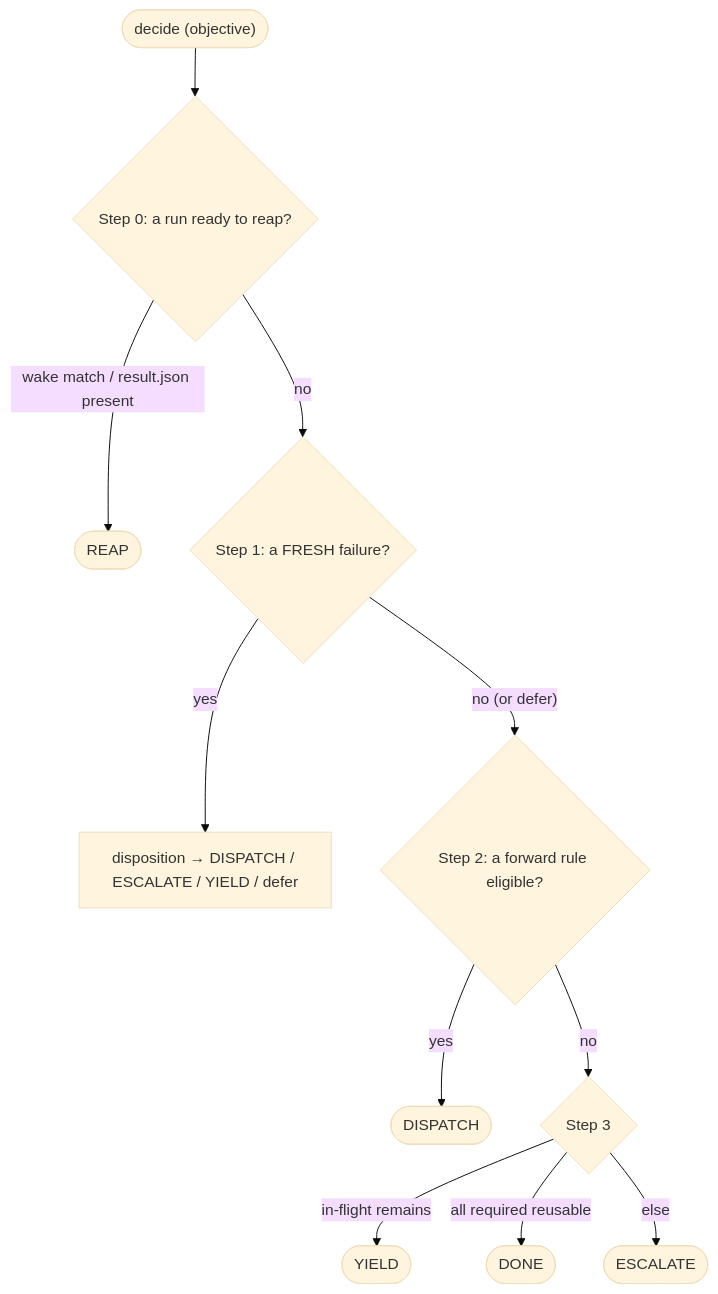
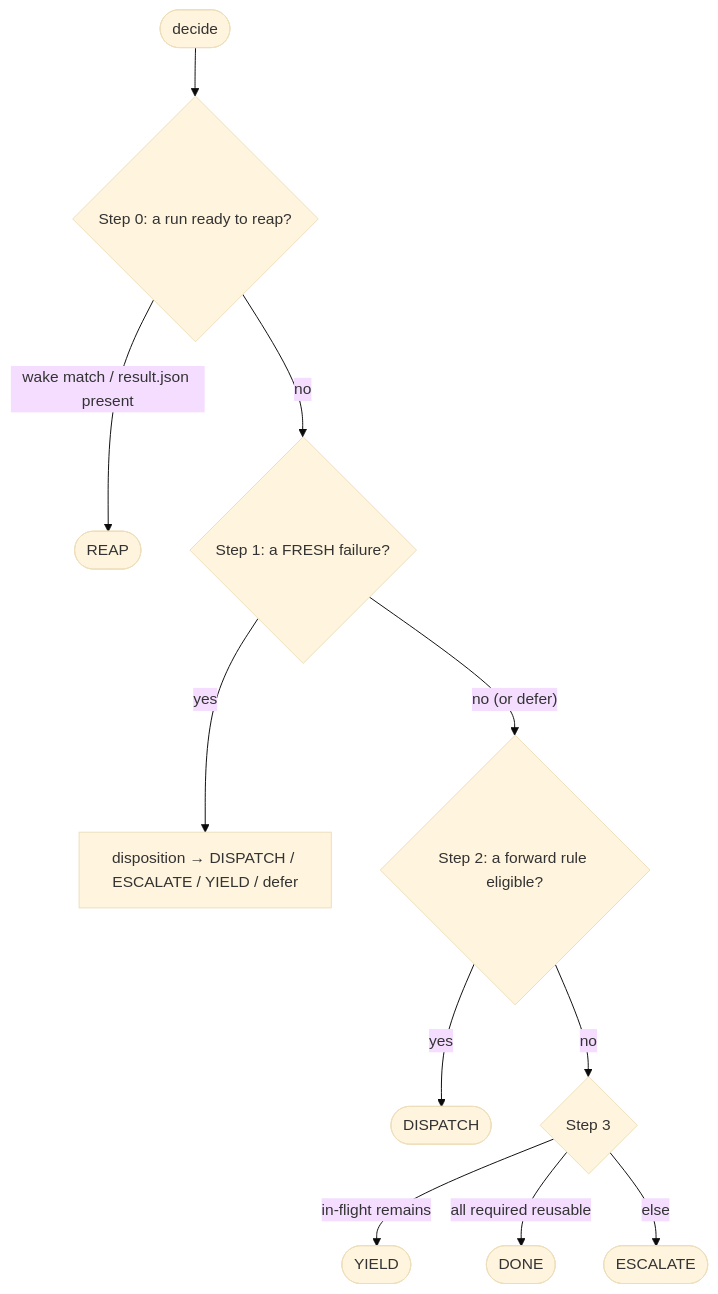
The diagram in ARCHITECTURE.md (chipweaver/veripower), drawn with Mermaid (base theme) before and after one commit. The commit also changed other lines of this file and 18 other files, not shown here.

````diff
--- a/ARCHITECTURE.md
+++ b/ARCHITECTURE.md
@@ -320,13 +324,13 @@
 ```mermaid
 flowchart TD
-    W(["decide (objective)"]) --> S0{"Step 0: a run ready to reap?"}
+    W(["decide"]) --> S0{"Step 0: a run ready to reap?"}
     S0 -- "wake match / result.json present" --> RP(["REAP"])
     S0 -- no --> S1{"Step 1: a FRESH failure?"}
     S1 -- yes --> DISP["disposition → DISPATCH / ESCALATE / YIELD / defer"]
     S1 -- "no (or defer)" --> S2{"Step 2: a forward rule eligible?"}
     S2 -- yes --> DSP(["DISPATCH"])
     S2 -- no --> S3{"Step 3"}
     S3 -- "in-flight remains" --> Y(["YIELD"])
     S3 -- "all required reusable" --> DONE(["DONE"])
     S3 -- else --> ESC(["ESCALATE"])
 ```
````
